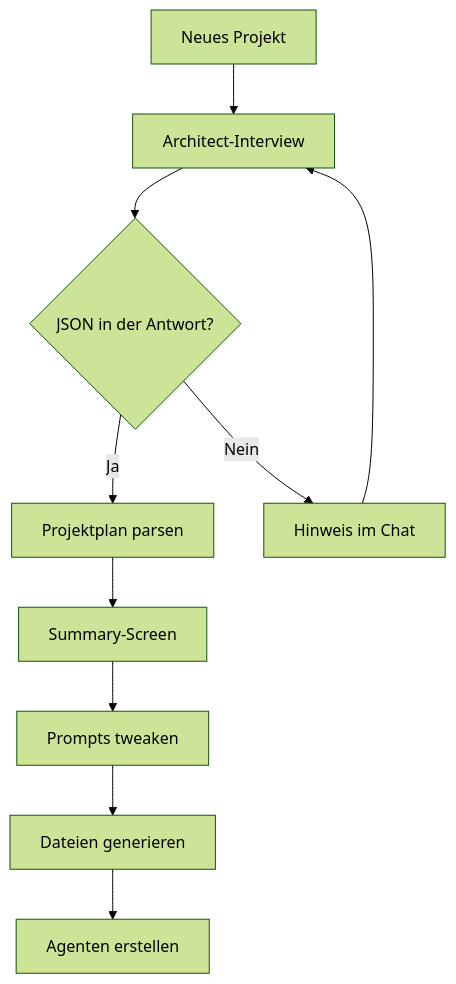
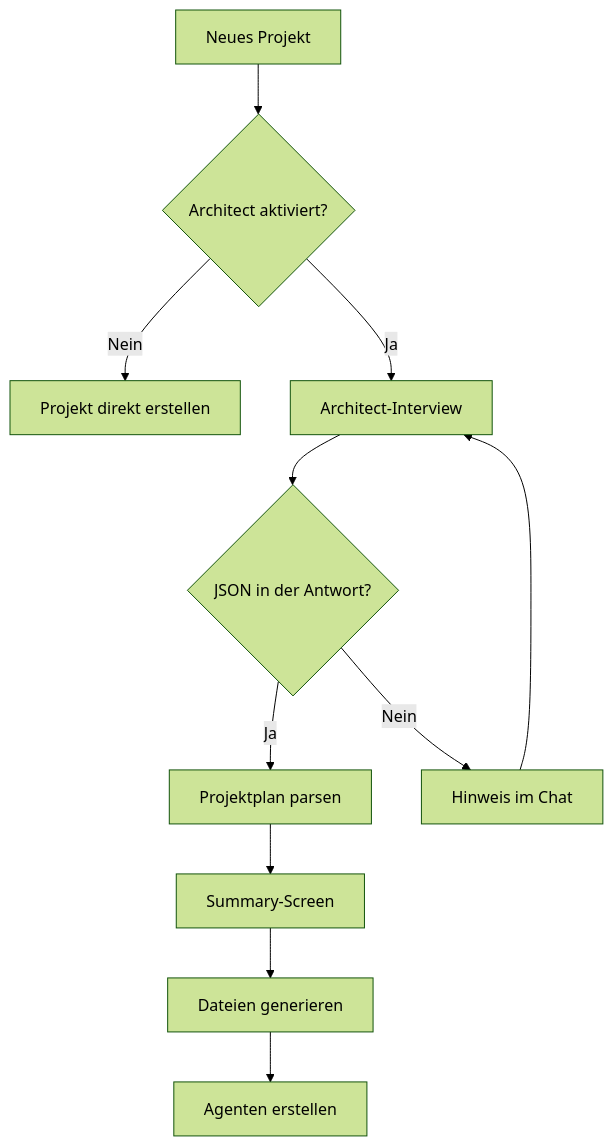
One commit to bertiger-cell/android-agents-app changed the diagram in README.md. Above: the diagram before and after it, drawn with Mermaid (forest theme). The commit also changed other lines of this file and 2 other files, not shown here.

````diff
--- a/README.md
+++ b/README.md
@@ -59,12 +83,13 @@
 ```mermaid
 flowchart TD
-    A[Neues Projekt] --> B[Architect-Interview]
-    B --> C{JSON in der Antwort?}
-    C -- Ja --> D[Projektplan parsen]
-    D --> E[Summary-Screen]
-    E --> F[Prompts tweaken]
-    F --> G[Dateien generieren]
-    G --> H[Agenten erstellen]
-    C -- Nein --> I[Hinweis im Chat]
-    I --> B
+    A[Neues Projekt] --> B{Architect aktiviert?}
+    B -- Nein --> C[Projekt direkt erstellen]
+    B -- Ja --> D[Architect-Interview]
+    D --> E{JSON in der Antwort?}
+    E -- Ja --> F[Projektplan parsen]
+    F --> G[Summary-Screen]
+    G --> H[Dateien generieren]
+    H --> I[Agenten erstellen]
+    E -- Nein --> J[Hinweis im Chat]
+    J --> D
 ```
````
